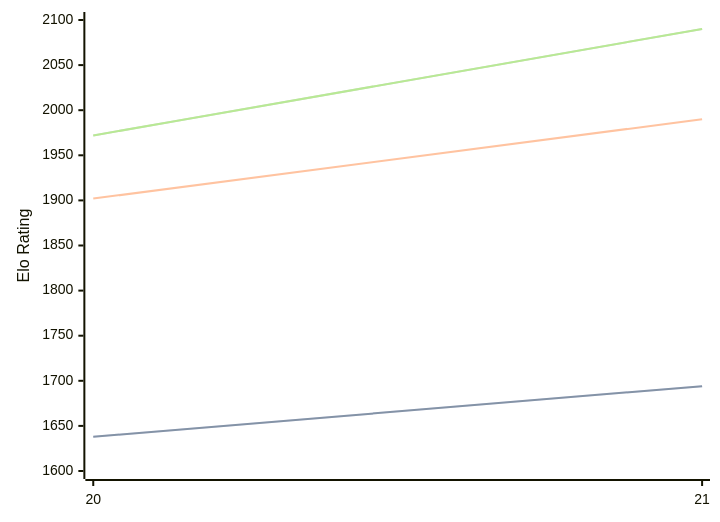
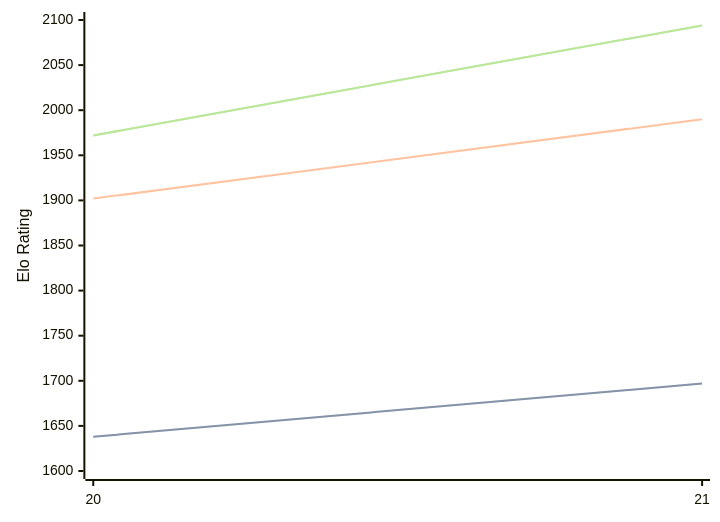
One commit to computer-chess-index/cci changed the diagram in engines/PurplePanda.md. Above: the diagram before and after it, drawn with Mermaid. The commit also changed other lines of this file, not shown here.

Commit message:
Update CCI Ratings (ELO VLTC) - 2026-08-03

````diff
--- a/engines/PurplePanda.md
+++ b/engines/PurplePanda.md
@@ -40,11 +40,11 @@
 ```mermaid
 %%{init: {"theme":"base","themeVariables":{"seriesColors:['#a3a3a3','#222221','#faa371']}}}%%
 xychart-beta
   x-axis ["20", "21"]
   y-axis "Elo Rating" 1600 --> 2100
-  line "STC (8.0+0.08s)" [1638, 1694]
-  line "STC (8.0+0.08s)" [1638, 1694]
+  line "STC (8.0+0.08s)" [1638, 1697]
+  line "STC (8.0+0.08s)" [1638, 1697]
   line "LTC (60.0+0.60s)" [1902, 1990]
-  line "VLTC (2m24s+1.12s)" [1972, 2090]
-  line "VLTC (2m24s+1.12s)" [1972, 2090]
+  line "VLTC (2m24s+1.12s)" [1972, 2094]
+  line "VLTC (2m24s+1.12s)" [1972, 2094]
 ```
````
